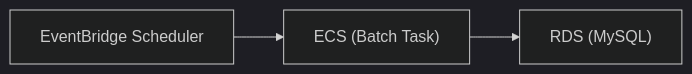
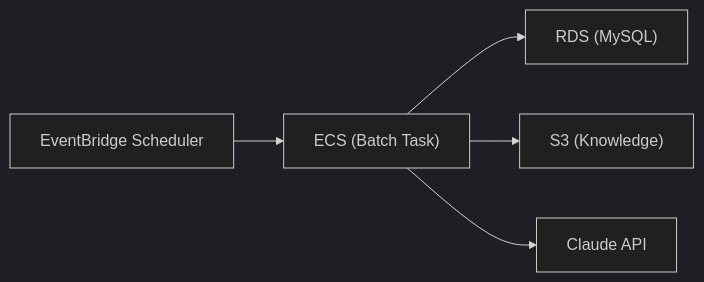
Before and after one commit to ryokkon624/hw-hub-frontend: the second of 5 diagrams in README.md, drawn with Mermaid (dark theme). The commit also changed other lines of this file and 2 other files, not shown here.

````diff
--- a/README.md
+++ b/README.md
@@ -56,8 +57,12 @@
 ```mermaid
 flowchart LR
     Scheduler["EventBridge Scheduler"]
     ECSBatch["ECS (Batch Task)"]
     RDS["RDS (MySQL)"]
+    S3Knowledge["S3 (Knowledge)"]
+    ClaudeAPI["Claude API"]
     Scheduler --> ECSBatch
     ECSBatch --> RDS
+    ECSBatch --> S3Knowledge
+    ECSBatch --> ClaudeAPI
 ```
````
